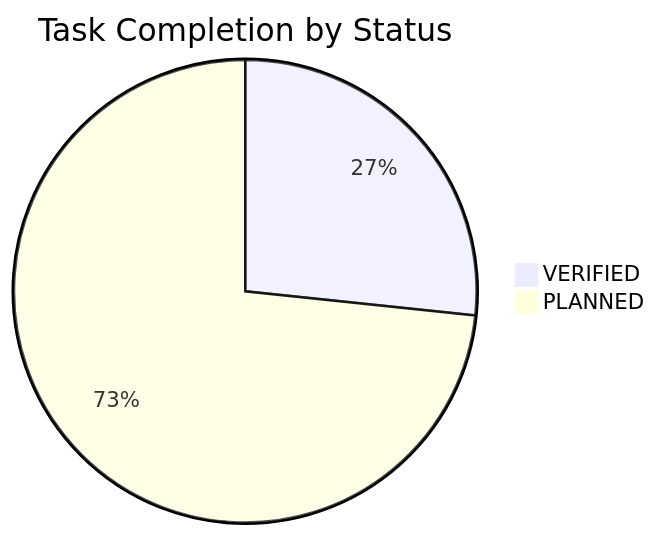
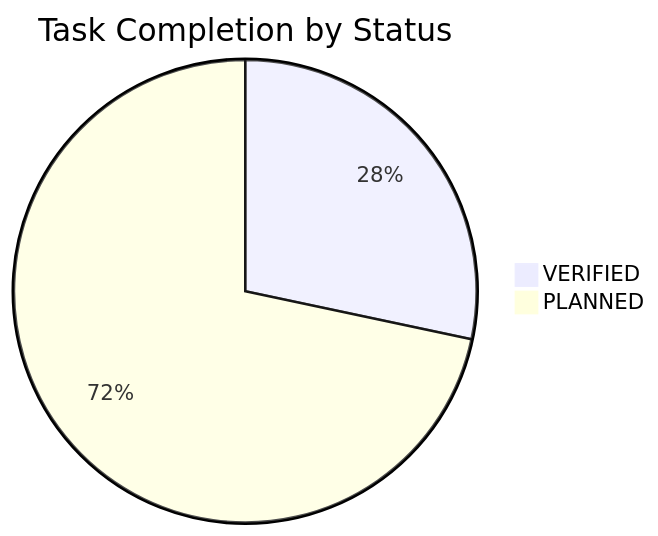
One commit to NguyenTriBaoThang/ClearWayAI changed the diagram in docs/TASK_BOARD.md. Above: the diagram before and after it, drawn with Mermaid. The commit also changed other lines of this file and 4 other files, not shown here.

````diff
--- a/docs/TASK_BOARD.md
+++ b/docs/TASK_BOARD.md
@@ -16,5 +16,5 @@
 ```mermaid
 pie title Task Completion by Status
-    "VERIFIED" : 16
-    "PLANNED" : 44
+    "VERIFIED" : 17
+    "PLANNED" : 43
 ```
````
